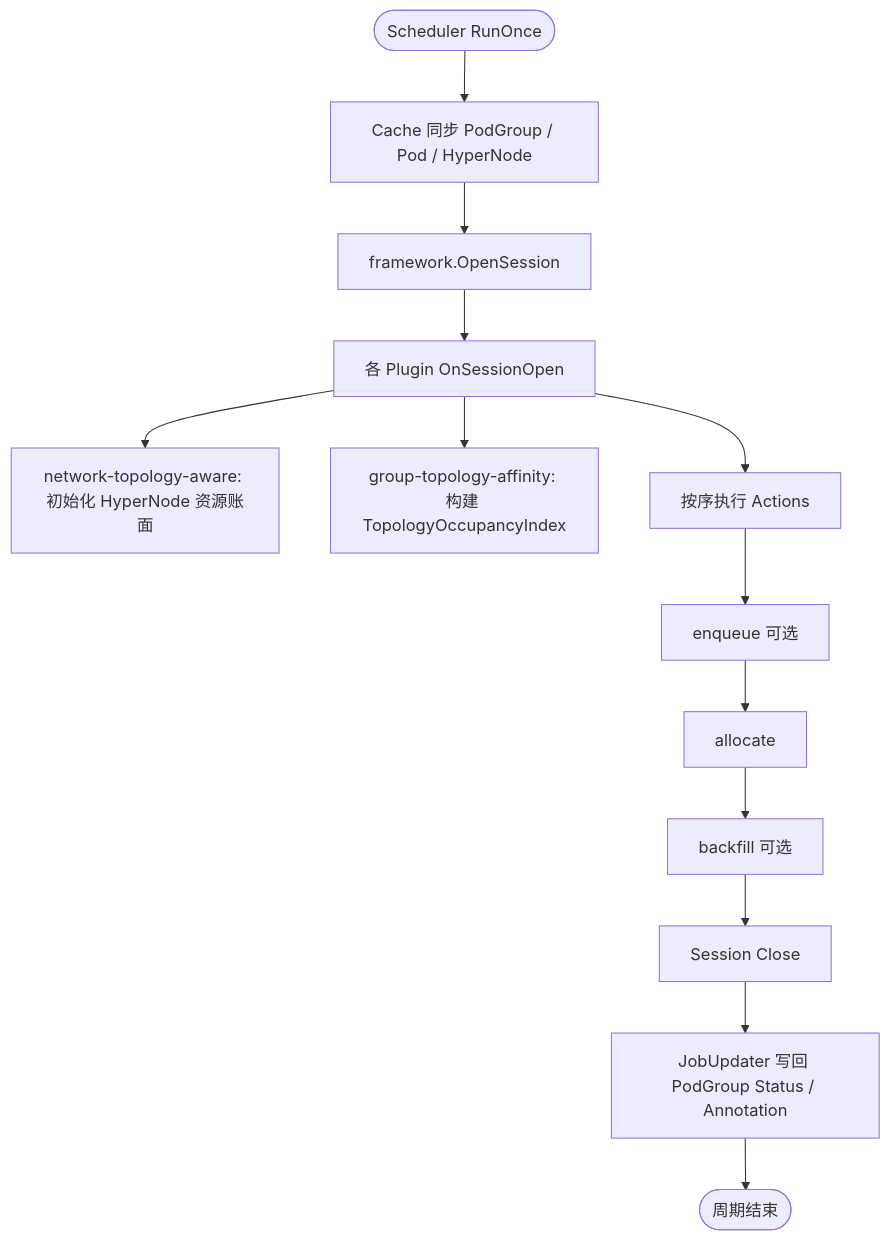
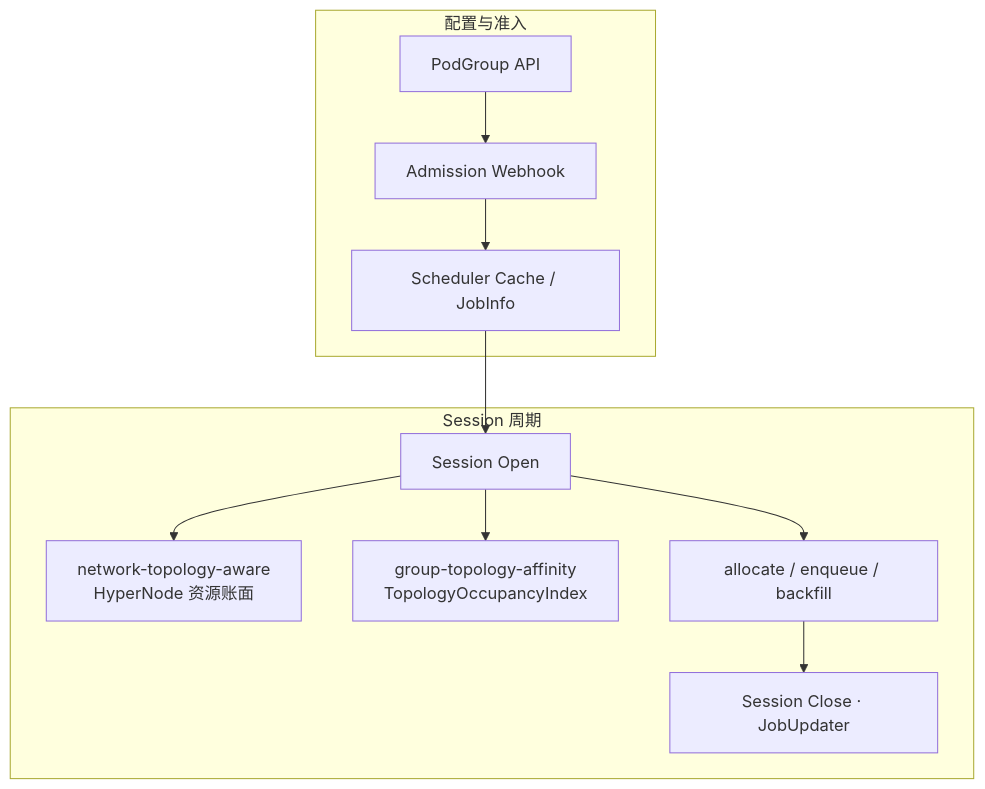
One commit to wangyang0616/volcano changed diagram 15 of 16 in docs/design/group-topology-affinity.md. Above: the diagram before and after it, drawn with Mermaid. The commit also changed other lines of this file, not shown here.

````diff
--- a/docs/design/group-topology-affinity.md
+++ b/docs/design/group-topology-affinity.md
@@ -1804,15 +1856,19 @@
 ```mermaid
 flowchart TB
-    Start([Scheduler RunOnce]) --> CacheSync[Cache 同步 PodGroup / Pod / HyperNode]
-    CacheSync --> OpenSession[framework.OpenSession]
-    OpenSession --> PluginOpen[各 Plugin OnSessionOpen]
-    PluginOpen --> NTAInit[network-topology-aware: 初始化 HyperNode 资源账面]
-    PluginOpen --> GTAInit[group-topology-affinity: 构建 TopologyOccupancyIndex]
-    PluginOpen --> Actions[按序执行 Actions]
-    Actions --> Enqueue[enqueue 可选]
-    Enqueue --> Allocate[allocate]
-    Allocate --> Backfill[backfill 可选]
-    Backfill --> CloseSession[Session Close]
-    CloseSession --> JobUpdater[JobUpdater 写回 PodGroup Status / Annotation]
-    JobUpdater --> End([周期结束])
+    subgraph config_admission [配置与准入]
+        podgroup_api[PodGroup API]
+        admission_webhook[Admission Webhook]
+        scheduler_cache[Scheduler Cache / JobInfo]
+    end
+    subgraph session_cycle [Session 周期]
+        session_open[Session Open]
+        network_topology_aware["network-topology-aware<br/>HyperNode 资源账面"]
+        group_topology_affinity["group-topology-affinity<br/>TopologyOccupancyIndex"]
+        scheduler_actions[allocate / enqueue / backfill]
+        session_close[Session Close · JobUpdater]
+    end
+    podgroup_api --> admission_webhook --> scheduler_cache --> session_open
+    session_open --> network_topology_aware
+    session_open --> group_topology_affinity
+    session_open --> scheduler_actions --> session_close
 ```
````
